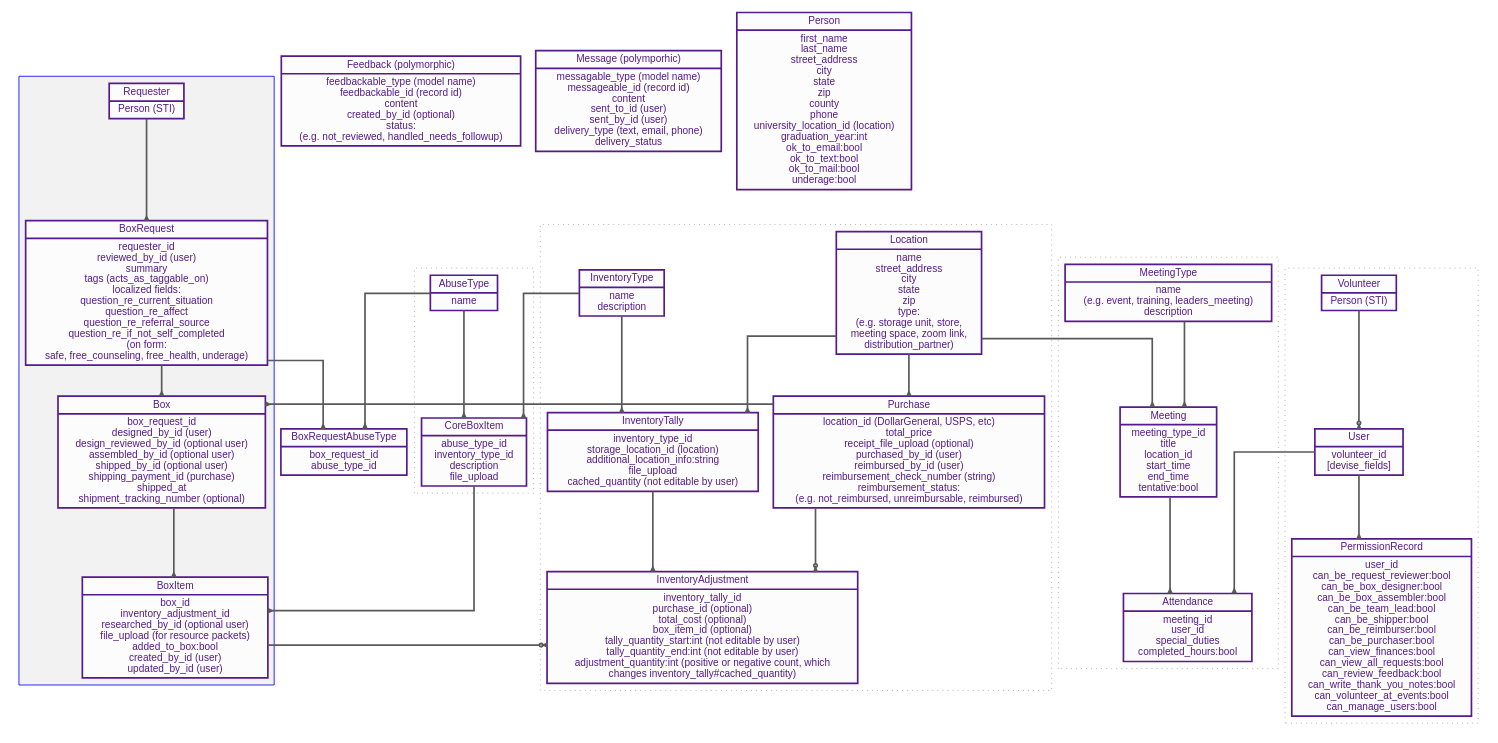
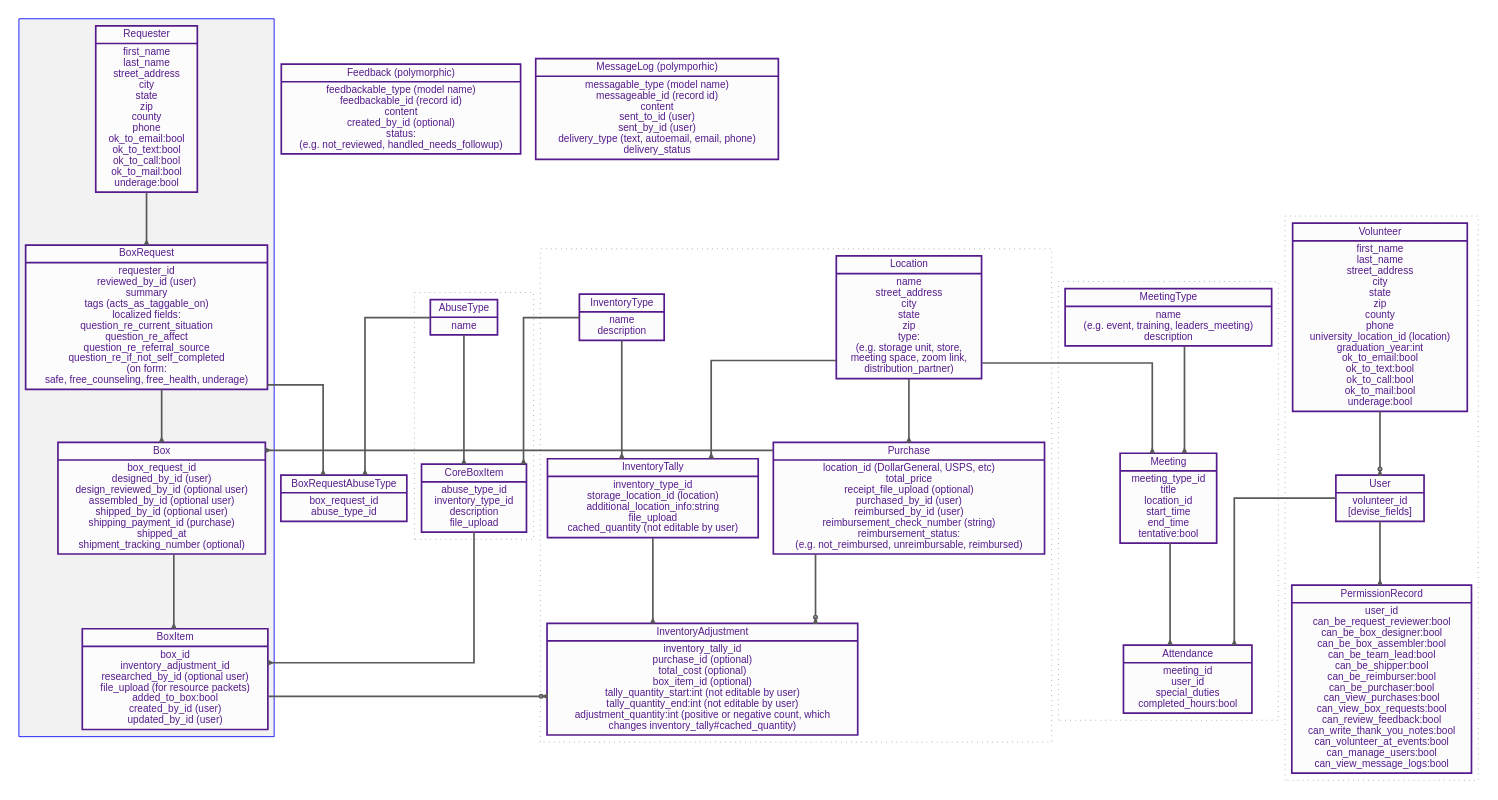
One commit to rubyforgood/voices-of-consent changed the diagram in notes/database-diagram.dot. Above: the diagram before and after it, drawn with Graphviz. The commit also changed other lines of this file and 1 other file, not shown here.

```diff
--- a/notes/database-diagram.dot
+++ b/notes/database-diagram.dot
@@ -84,15 +84,15 @@
                     created_by_id (optional)\n
                     status:\n(e.g. not_reviewed, handled_needs_followup)\n
                     }"]
-    Message [
+    MessageLog [
                 shape=record;
-                label="{Message (polymporhic)|
+                label="{MessageLog (polymporhic)|
                     messagable_type (model name)\n
                     messageable_id (record id)\n
                     content\n
                     sent_to_id (user)\n
                     sent_by_id (user)\n
-                    delivery_type (text, email, phone)\n
+                    delivery_type (text, autoemail, email, phone)\n
                     delivery_status\n
                     }"]
 
@@ -108,18 +108,26 @@
                     }"]
     Requester [
                 shape=record;
-                label="{Requester|
-                    Person (STI)\n
+                label="{
+                    Requester|
+                    first_name\n
+                    last_name\n
+                    street_address\n
+                    city\n
+                    state\n
+                    zip\n
+                    county\n
+                    phone\n
+                    ok_to_email:bool\n
+                    ok_to_text:bool\n
+                    ok_to_call:bool\n
+                    ok_to_mail:bool\n
+                    underage:bool\n
                     }"]
     Volunteer [
                 shape=record;
-                label="{Volunteer|
-                    Person (STI)\n
-                    }"]
-    Person [
-                shape=record;
                 label="{
-                    Person|
+                    Volunteer|
                     first_name\n
                     last_name\n
                     street_address\n
@@ -132,6 +140,7 @@
                     graduation_year:int\n
                     ok_to_email:bool\n
                     ok_to_text:bool\n
+                    ok_to_call:bool\n
                     ok_to_mail:bool\n
                     underage:bool\n
                     }"]
@@ -274,12 +283,13 @@
                     can_be_shipper:bool\n
                     can_be_reimburser:bool\n
                     can_be_purchaser:bool\n
-                    can_view_finances:bool\n
-                    can_view_all_requests:bool\n
+                    can_view_purchases:bool\n
+                    can_view_box_requests:bool\n
                     can_review_feedback:bool\n
                     can_write_thank_you_notes:bool\n
                     can_volunteer_at_events:bool\n
                     can_manage_users:bool\n
+                    can_view_message_logs:bool\n
                     }"]
 
 }
```
